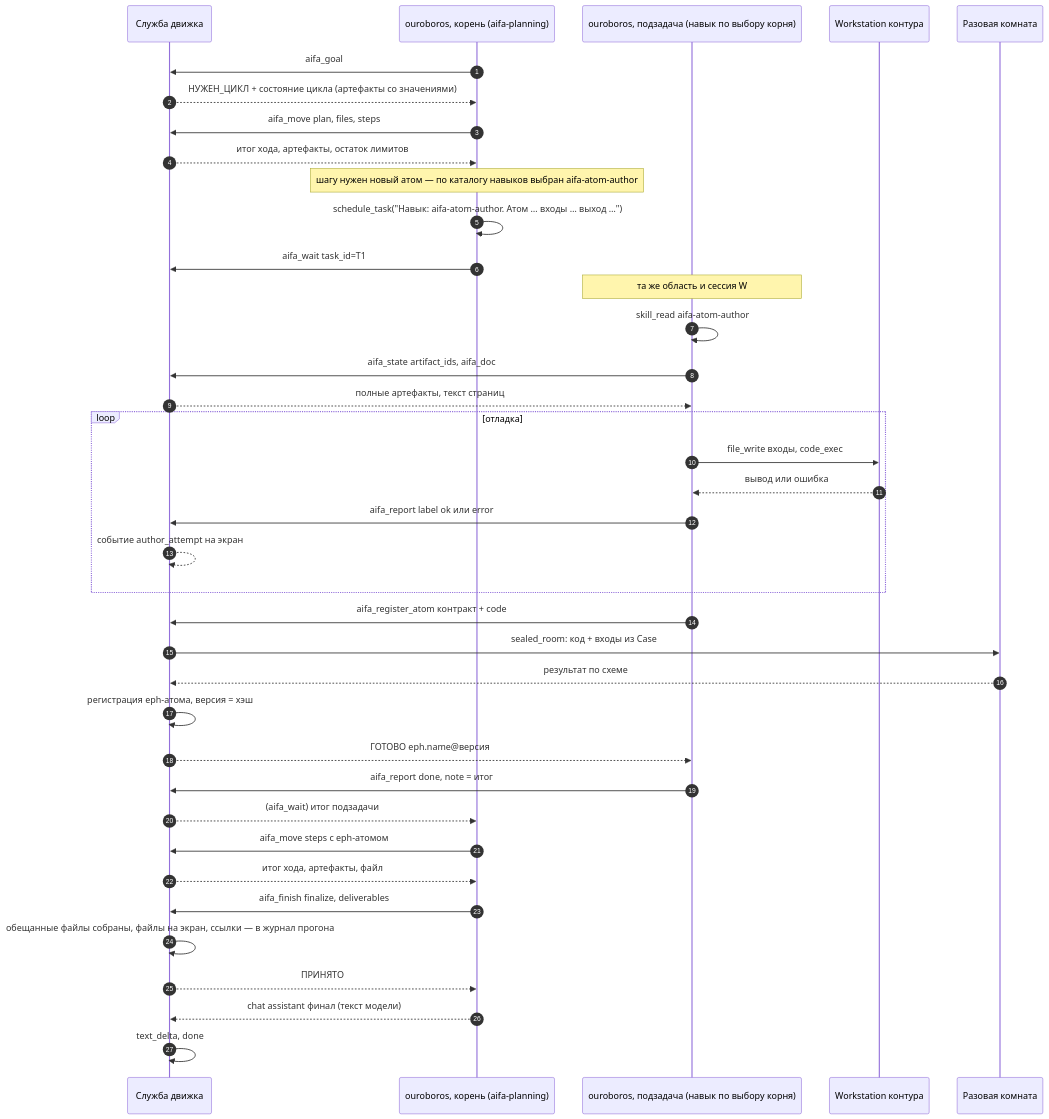
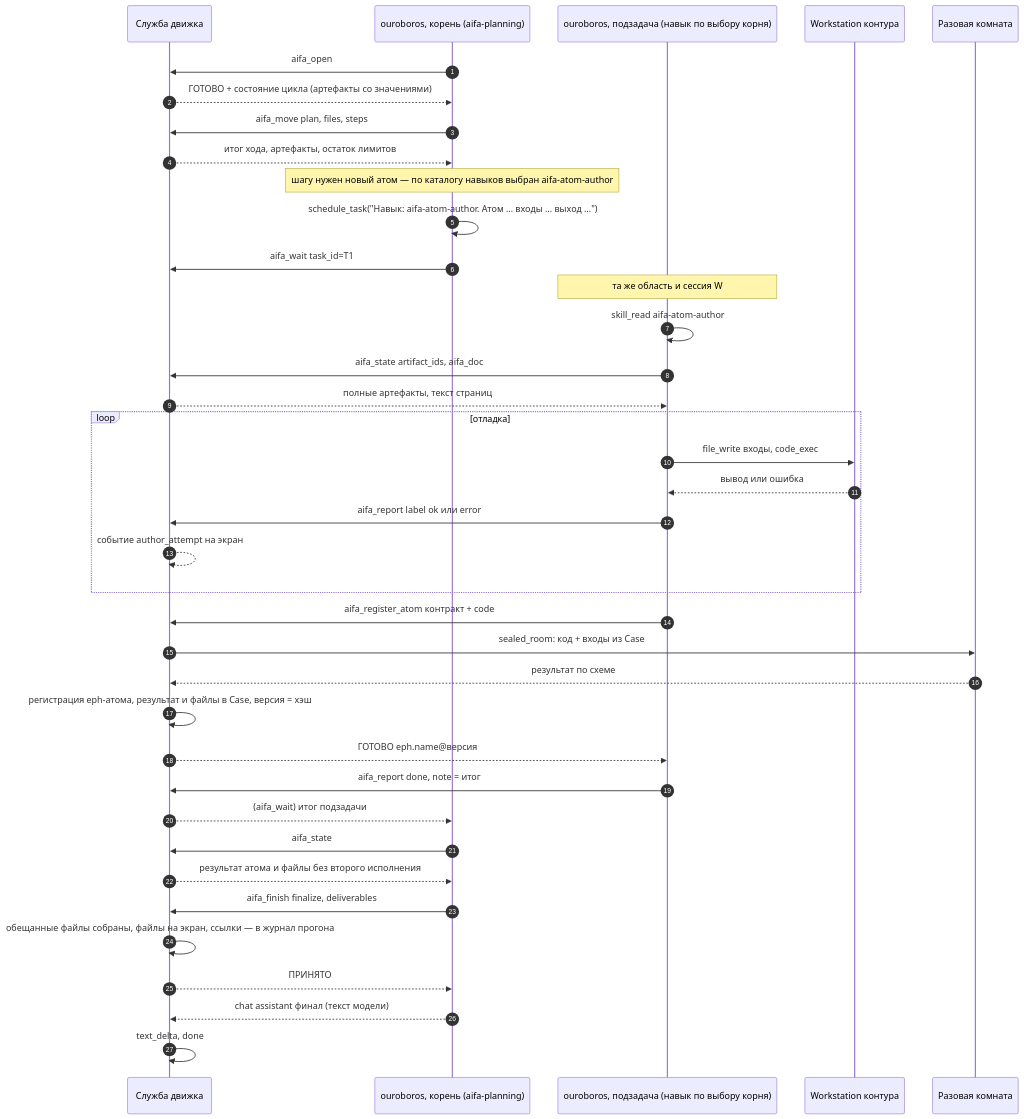
The sixth of 6 diagrams in aifa-symbiosis/architecture/ARCHITECTURE.md (Rasiksss/ouroboros_external), drawn with Mermaid before and after one commit. The commit also changed other lines of this file and 90 other files, not shown here.

Commit message:
Агент ведёт план AIFA и получает результат атома при сдаче

````diff
--- a/aifa-symbiosis/architecture/ARCHITECTURE.md
+++ b/aifa-symbiosis/architecture/ARCHITECTURE.md
@@ -299,40 +304,40 @@
 ```mermaid
 sequenceDiagram
   autonumber
   participant E as Служба движка
   participant O as ouroboros, корень (aifa-planning)
   participant A as ouroboros, подзадача (навык по выбору корня)
   participant W as Workstation контура
   participant R as Разовая комната
-  O->>E: aifa_goal
-  E-->>O: НУЖЕН_ЦИКЛ + состояние цикла (артефакты со значениями)
+  O->>E: aifa_open
+  E-->>O: ГОТОВО + состояние цикла (артефакты со значениями)
   O->>E: aifa_move plan, files, steps
   E-->>O: итог хода, артефакты, остаток лимитов
   Note over O: шагу нужен новый атом — по каталогу навыков выбран aifa-atom-author
   O->>O: schedule_task("Навык: aifa-atom-author. Атом … входы … выход …")
   O->>E: aifa_wait task_id=T1
   Note over A: та же область и сессия W
   A->>A: skill_read aifa-atom-author
   A->>E: aifa_state artifact_ids, aifa_doc
   E-->>A: полные артефакты, текст страниц
   loop отладка
     A->>W: file_write входы, code_exec
     W-->>A: вывод или ошибка
     A->>E: aifa_report label ok или error
     E-->>E: событие author_attempt на экран
   end
   A->>E: aifa_register_atom контракт + code
   E->>R: sealed_room: код + входы из Case
   R-->>E: результат по схеме
-  E->>E: регистрация eph-атома, версия = хэш
+  E->>E: регистрация eph-атома, результат и файлы в Case, версия = хэш
   E-->>A: ГОТОВО eph.name@версия
   A->>E: aifa_report done, note = итог
   E-->>O: (aifa_wait) итог подзадачи
-  O->>E: aifa_move steps с eph-атомом
-  E-->>O: итог хода, артефакты, файл
+  O->>E: aifa_state
+  E-->>O: результат атома и файлы без второго исполнения
   O->>E: aifa_finish finalize, deliverables
   E->>E: обещанные файлы собраны, файлы на экран, ссылки — в журнал прогона
   E-->>O: ПРИНЯТО
   O-->>E: chat assistant финал (текст модели)
   E->>E: text_delta, done
 ```
````
